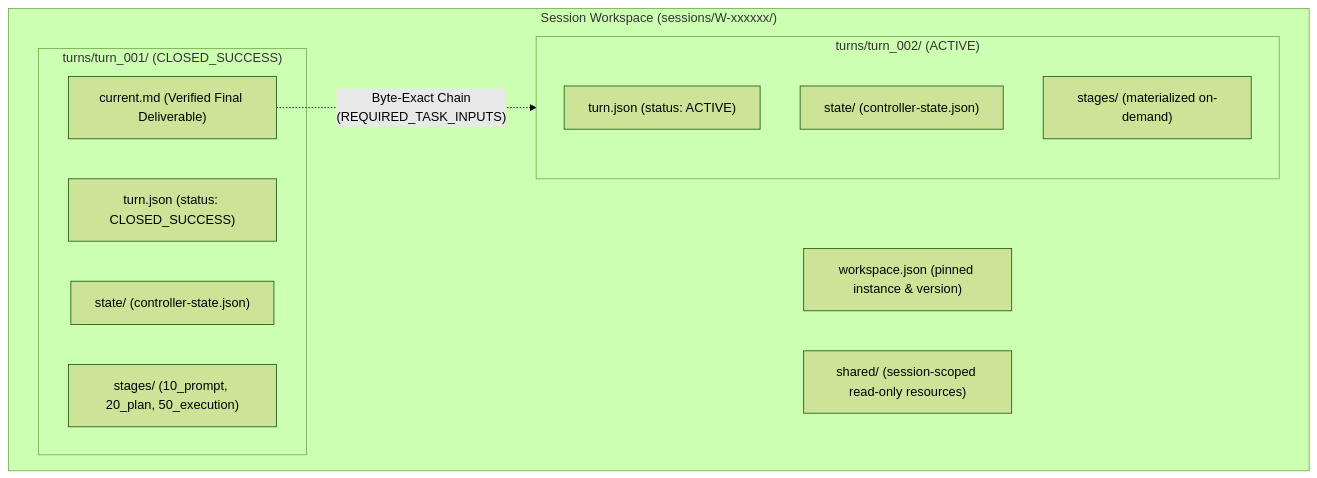
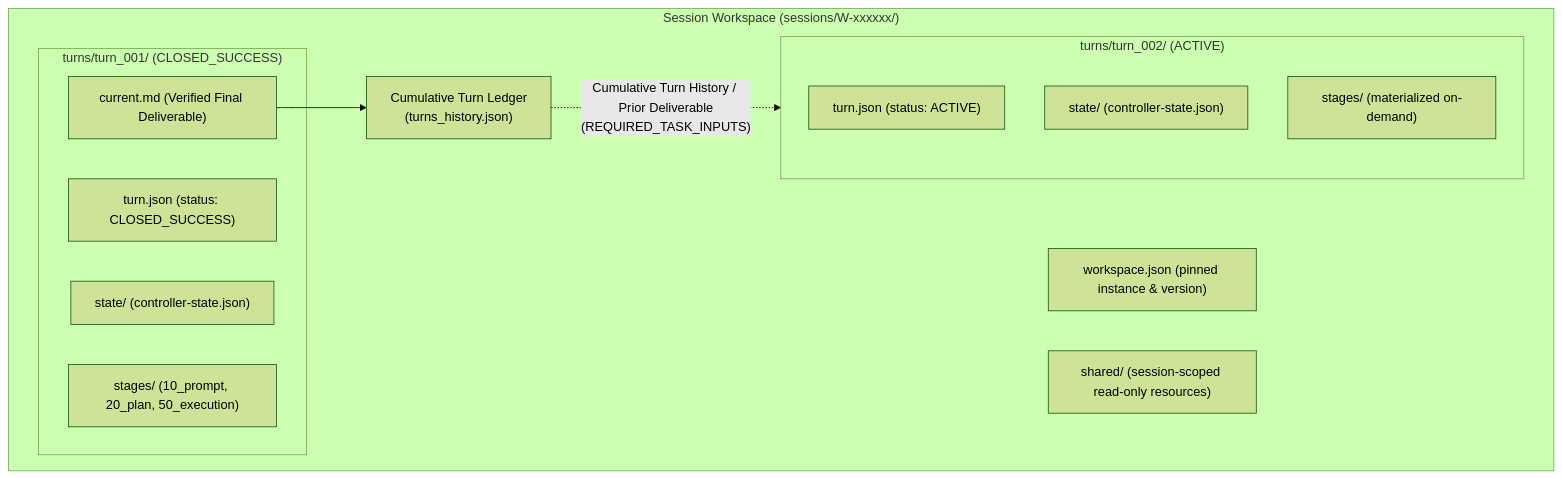
One commit to paragon-ux/PDL-Standard-REPL-Harness changed the fifth of 5 diagrams in ARCHITECTURE.md. Above: the diagram before and after it, drawn with Mermaid (forest theme). The commit also changed other lines of this file and 6 other files, not shown here.

Commit message:
feat(wire): codify ADR-0014 dual-plane boundary architecture and Pydantic wire contract validation

````diff
--- a/ARCHITECTURE.md
+++ b/ARCHITECTURE.md
@@ -245,22 +266,24 @@
 ```mermaid
 graph TD
     subgraph SessionWorkspace ["Session Workspace (sessions/W-xxxxxx/)"]
         Meta["workspace.json (pinned instance & version)"]
         Shared["shared/ (session-scoped read-only resources)"]
+        Ledger["Cumulative Turn Ledger<br/>(turns_history.json)"]
         
         subgraph Turn1 ["turns/turn_001/ (CLOSED_SUCCESS)"]
             T1_Meta["turn.json (status: CLOSED_SUCCESS)"]
             T1_State["state/ (controller-state.json)"]
             T1_Stages["stages/ (10_prompt, 20_plan, 50_execution)"]
             T1_Deliverable["current.md (Verified Final Deliverable)"]
         end
         
         subgraph Turn2 ["turns/turn_002/ (ACTIVE)"]
             T2_Meta["turn.json (status: ACTIVE)"]
             T2_State["state/ (controller-state.json)"]
             T2_Stages["stages/ (materialized on-demand)"]
         end
         
-        T1_Deliverable -. "Byte-Exact Chain<br/>(REQUIRED_TASK_INPUTS)" .-> Turn2
+        T1_Deliverable --> Ledger
+        Ledger -. "Cumulative Turn History / Prior Deliverable<br/>(REQUIRED_TASK_INPUTS)" .-> Turn2
     end
 ```
````
